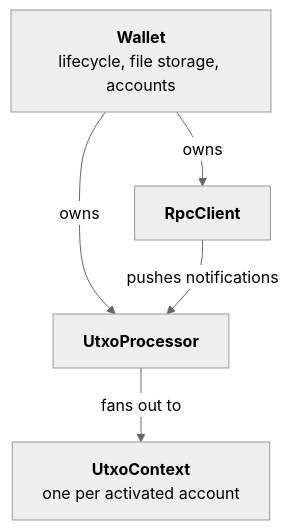
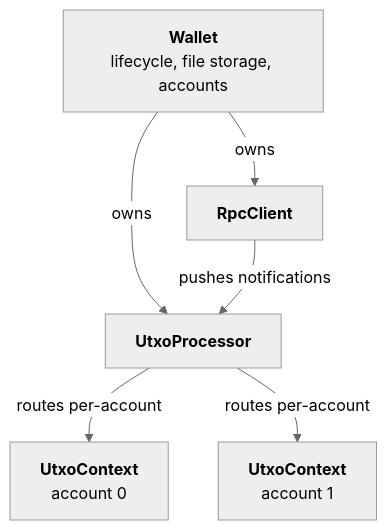
Before and after one commit to kaspanet/kaspa-python-sdk: the diagram in docs/learn/wallet/architecture.md, drawn with Mermaid (neutral theme). The commit also changed other lines of this file and 53 other files, not shown here.

````diff
--- a/docs/learn/wallet/architecture.md
+++ b/docs/learn/wallet/architecture.md
@@ -10,12 +9,14 @@
 ```mermaid
 flowchart TD
     Wallet["<b>Wallet</b><br/>lifecycle, file storage, accounts"]
+    RpcClient["<b>RpcClient</b>"]
     UtxoProcessor["<b>UtxoProcessor</b>"]
-    RpcClient["<b>RpcClient</b>"]
-    UtxoContext["<b>UtxoContext</b><br/>one per activated account"]
+    Ctx0["<b>UtxoContext</b><br/>account 0"]
+    Ctx1["<b>UtxoContext</b><br/>account 1"]
 
+    Wallet -- owns --> RpcClient
     Wallet -- owns --> UtxoProcessor
-    Wallet -- owns --> RpcClient
     RpcClient -- pushes notifications --> UtxoProcessor
-    UtxoProcessor -- fans out to --> UtxoContext
+    UtxoProcessor -- routes per-account --> Ctx0
+    UtxoProcessor -- routes per-account --> Ctx1
 ```
````
